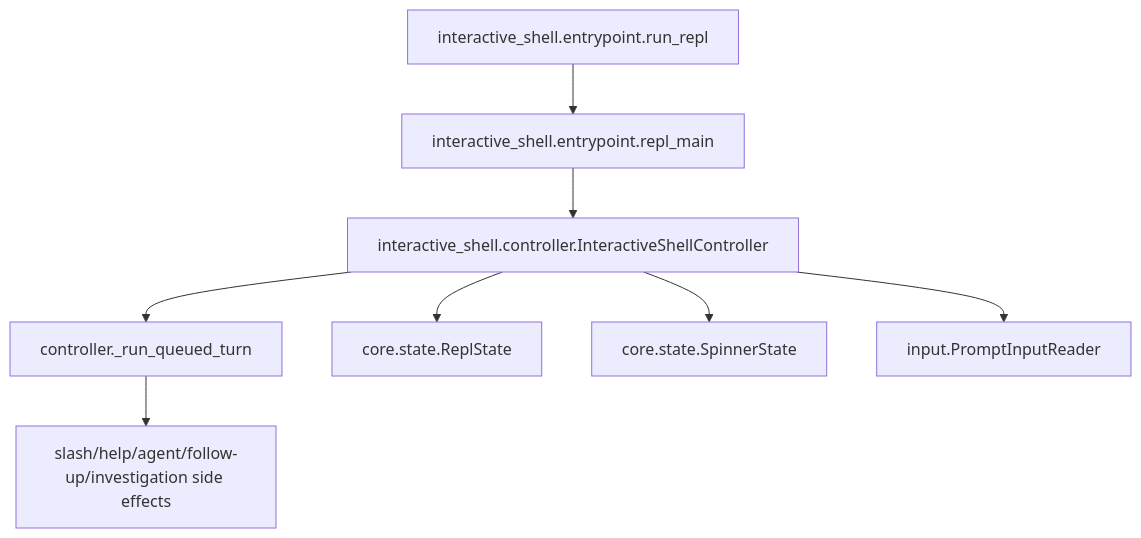
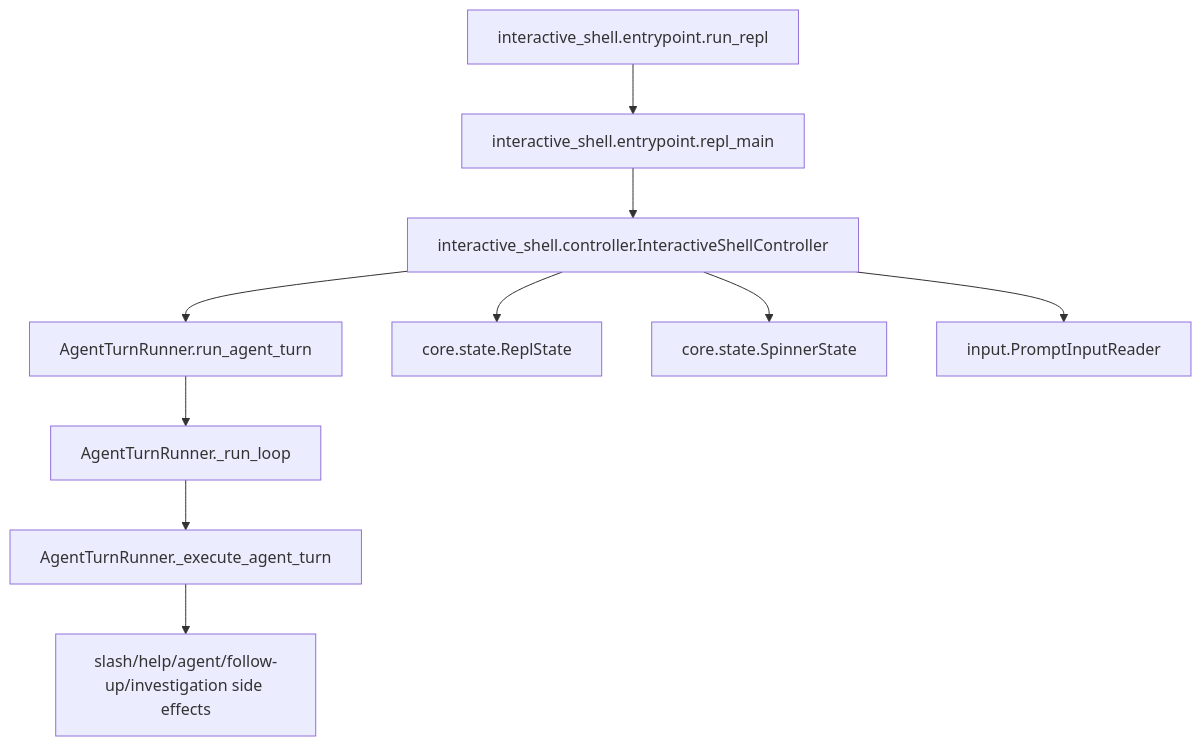
One commit to SawhneySatvik/opensre changed the diagram in interactive_shell/runtime/AGENTS.md. Above: the diagram before and after it, drawn with Mermaid. The commit also changed other lines of this file and 47 other files, not shown here.

````diff
--- a/interactive_shell/runtime/AGENTS.md
+++ b/interactive_shell/runtime/AGENTS.md
@@ -82,10 +86,12 @@
 ```mermaid
 flowchart TD
   runRepl["interactive_shell.entrypoint.run_repl"] --> replMain["interactive_shell.entrypoint.repl_main"]
   replMain --> controller["interactive_shell.controller.InteractiveShellController"]
-  controller --> executeTurn["controller._run_queued_turn"]
-  executeTurn --> sideEffects["slash/help/agent/follow-up/investigation side effects"]
+  controller --> shellTurn["AgentTurnRunner.run_agent_turn"]
+  shellTurn --> executeTurn["AgentTurnRunner._run_loop"]
+  executeTurn --> dispatchTurn["AgentTurnRunner._execute_agent_turn"]
+  dispatchTurn --> sideEffects["slash/help/agent/follow-up/investigation side effects"]
   controller --> replState["core.state.ReplState"]
   controller --> spinnerState["core.state.SpinnerState"]
   controller --> inputReader["input.PromptInputReader"]
 ```
````
